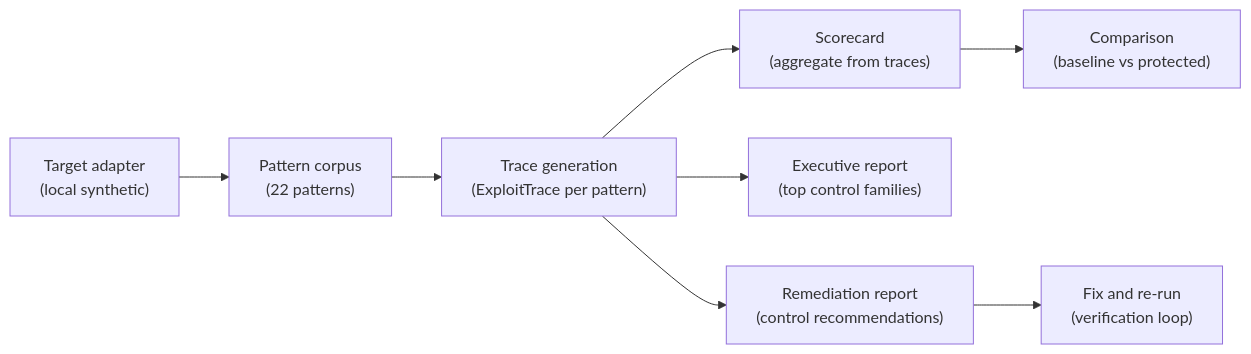
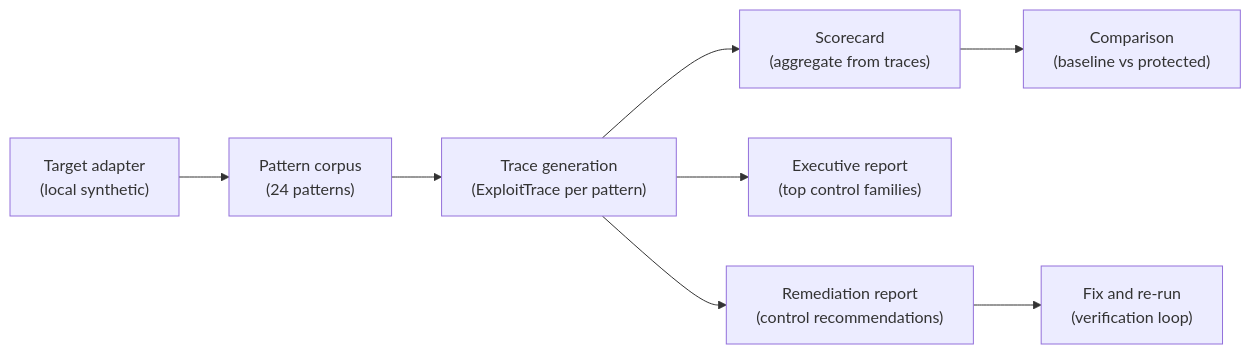
Before and after one commit to krivonosoff161/agentic-security-harness: the first of 4 diagrams in docs/reporting-flow.md, drawn with Mermaid. The commit also changed other lines of this file and 136 other files, not shown here.

````diff
--- a/docs/reporting-flow.md
+++ b/docs/reporting-flow.md
@@ -8,10 +8,10 @@
 ```mermaid
 flowchart LR
-    A["Target adapter\n(local synthetic)"] --> B["Pattern corpus\n(22 patterns)"]
+    A["Target adapter\n(local synthetic)"] --> B["Pattern corpus\n(24 patterns)"]
     B --> C["Trace generation\n(ExploitTrace per pattern)"]
     C --> D["Scorecard\n(aggregate from traces)"]
     C --> E["Executive report\n(top control families)"]
     C --> F["Remediation report\n(control recommendations)"]
     D --> G["Comparison\n(baseline vs protected)"]
     F --> H["Fix and re-run\n(verification loop)"]
 ```
````
